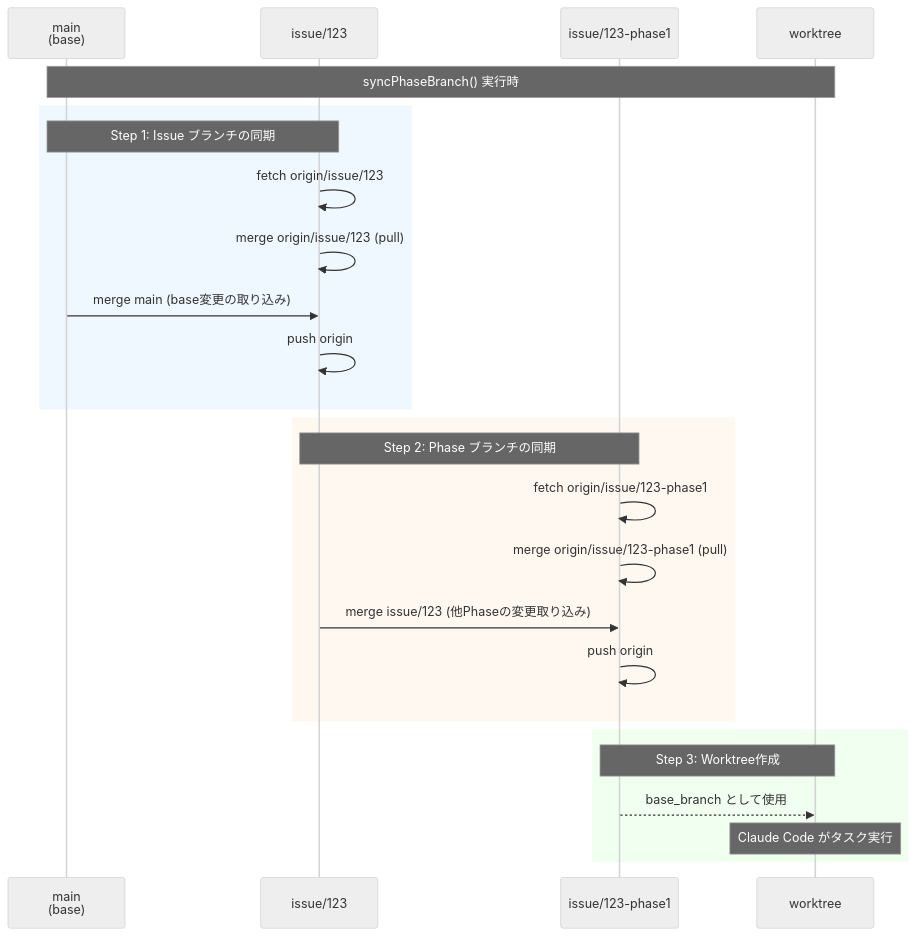
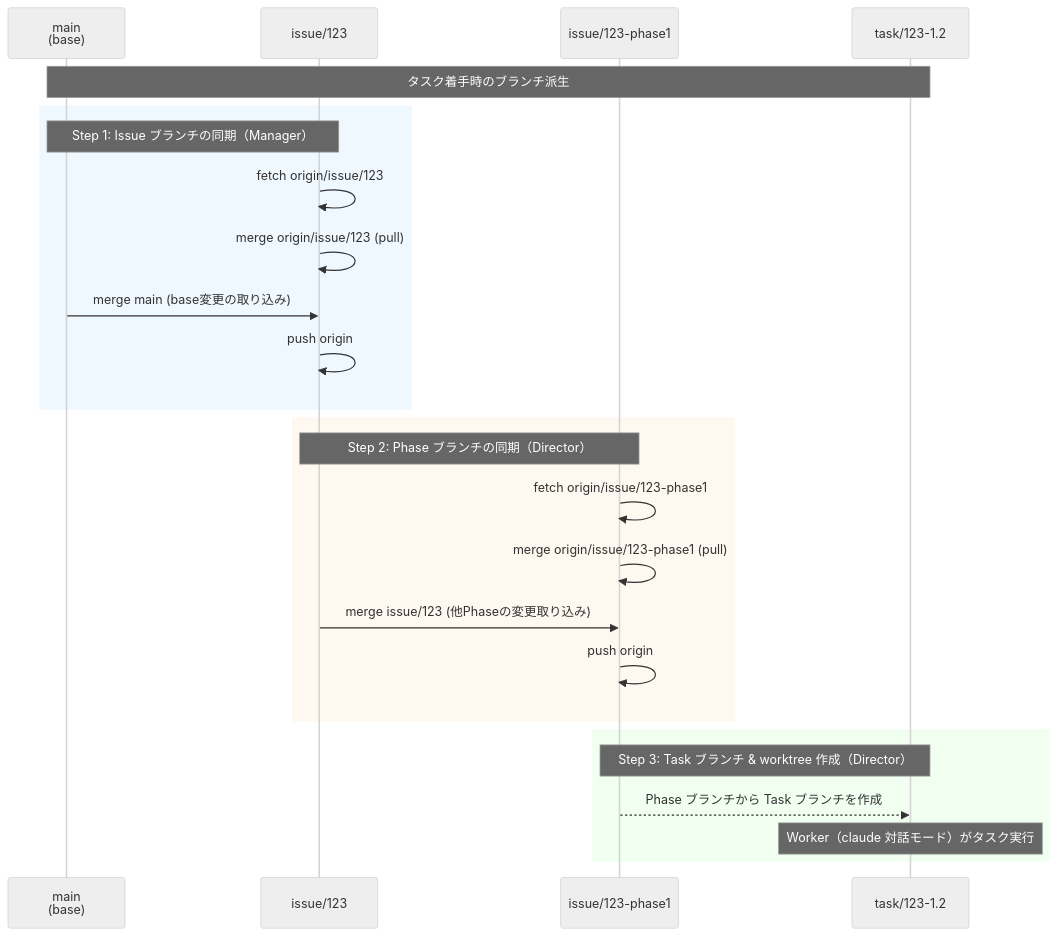
Before and after one commit to einja-inc/einja-management-template: the fourth of 4 diagrams in docs/einja/steering/branch-strategy.md, drawn with Mermaid (neutral theme). The commit also changed other lines of this file and 51 other files, not shown here.

First line of the commit message:
feat: issue-exec ワークフロー導入 + task-loop ソースコード復元

````diff
--- a/docs/einja/steering/branch-strategy.md
+++ b/docs/einja/steering/branch-strategy.md
@@ -165,31 +163,31 @@
 ```mermaid
 sequenceDiagram
     participant Main as main<br/>(base)
     participant Issue as issue/123
     participant Phase as issue/123-phase1
-    participant WT as worktree
+    participant Task as task/123-1.2
 
-    Note over Main,WT: syncPhaseBranch() 実行時
+    Note over Main,Task: タスク着手時のブランチ派生
 
     rect rgb(240, 248, 255)
-        Note over Main,Issue: Step 1: Issue ブランチの同期
+        Note over Main,Issue: Step 1: Issue ブランチの同期（Manager）
         Issue->>Issue: fetch origin/issue/123
         Issue->>Issue: merge origin/issue/123 (pull)
         Main->>Issue: merge main (base変更の取り込み)
         Issue->>Issue: push origin
     end
 
     rect rgb(255, 248, 240)
-        Note over Issue,Phase: Step 2: Phase ブランチの同期
+        Note over Issue,Phase: Step 2: Phase ブランチの同期（Director）
         Phase->>Phase: fetch origin/issue/123-phase1
         Phase->>Phase: merge origin/issue/123-phase1 (pull)
         Issue->>Phase: merge issue/123 (他Phaseの変更取り込み)
         Phase->>Phase: push origin
     end
 
     rect rgb(240, 255, 240)
-        Note over Phase,WT: Step 3: Worktree作成
-        Phase-->>WT: base_branch として使用
-        Note over WT: Claude Code がタスク実行
+        Note over Phase,Task: Step 3: Task ブランチ & worktree 作成（Director）
+        Phase-->>Task: Phase ブランチから Task ブランチを作成
+        Note over Task: Worker（claude 対話モード）がタスク実行
     end
 ```
````
